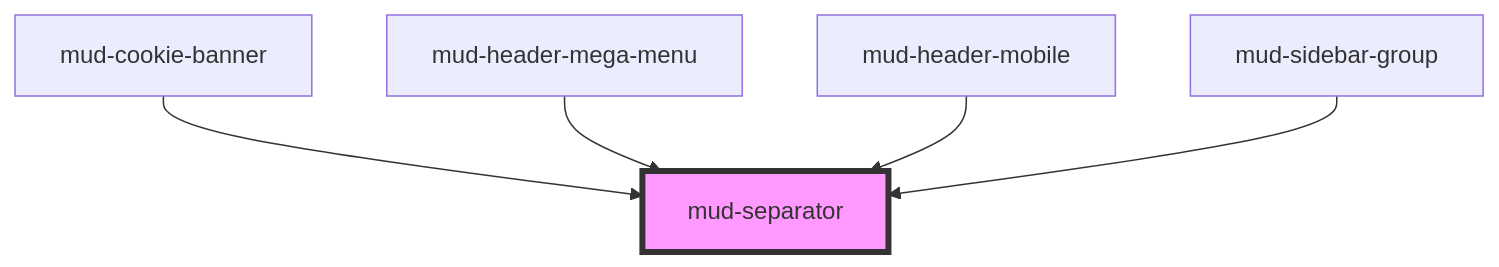
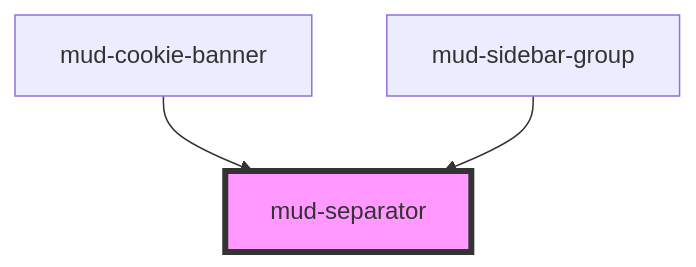
One commit to egov-moldova/design-system changed the diagram in src/components/mud-separator/readme.md. Above: the diagram before and after it, drawn with Mermaid. The commit also changed other lines of this file and 48 other files, not shown here.

First line of the commit message:
feat!: remove the mud-header and mud-footer organisms

````diff
--- a/src/components/mud-separator/readme.md
+++ b/src/components/mud-separator/readme.md
@@ -53,8 +51,6 @@
 ```mermaid
 graph TD;
   mud-cookie-banner --> mud-separator
-  mud-header-mega-menu --> mud-separator
-  mud-header-mobile --> mud-separator
   mud-sidebar-group --> mud-separator
   style mud-separator fill:#f9f,stroke:#333,stroke-width:4px
 ```
````
